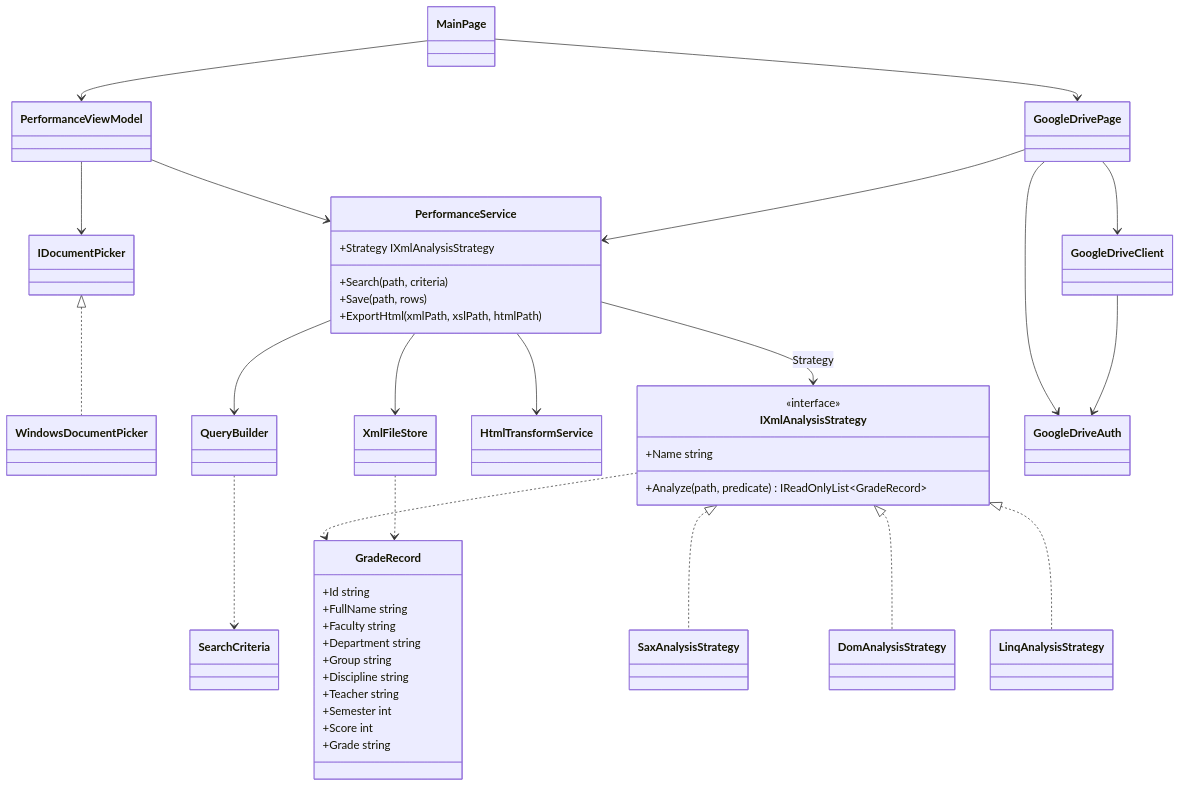
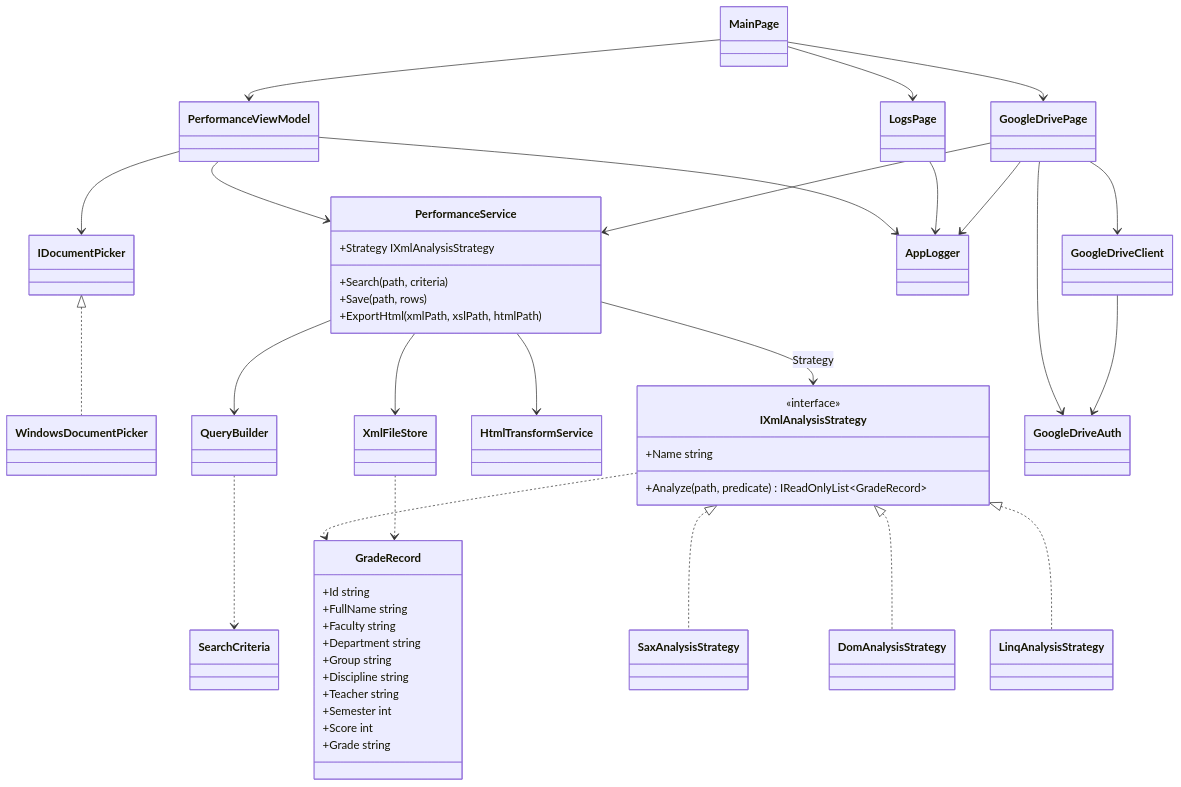
Before and after one commit to Moonshade-01/XML-Student-Performance: the diagram in README.md, drawn with Mermaid. The commit also changed other lines of this file and 11 other files, not shown here.

````diff
--- a/README.md
+++ b/README.md
@@ -53,45 +53,49 @@
 ```mermaid
 classDiagram
     MainPage --> PerformanceViewModel
     MainPage --> GoogleDrivePage
     PerformanceViewModel --> PerformanceService
     PerformanceViewModel --> IDocumentPicker
+    PerformanceViewModel --> AppLogger
+    MainPage --> LogsPage
+    LogsPage --> AppLogger
+    GoogleDrivePage --> AppLogger
     IDocumentPicker <|.. WindowsDocumentPicker
     PerformanceService --> QueryBuilder
     PerformanceService --> XmlFileStore
     PerformanceService --> HtmlTransformService
     PerformanceService --> IXmlAnalysisStrategy : Strategy
     IXmlAnalysisStrategy <|.. SaxAnalysisStrategy
     IXmlAnalysisStrategy <|.. DomAnalysisStrategy
     IXmlAnalysisStrategy <|.. LinqAnalysisStrategy
     QueryBuilder ..> SearchCriteria
     IXmlAnalysisStrategy ..> GradeRecord
     XmlFileStore ..> GradeRecord
     GoogleDrivePage --> GoogleDriveClient
     GoogleDrivePage --> GoogleDriveAuth
     GoogleDrivePage --> PerformanceService
     GoogleDriveClient --> GoogleDriveAuth
     class IXmlAnalysisStrategy {
         <<interface>>
         +Name string
         +Analyze(path, predicate) IReadOnlyList~GradeRecord~
     }
     class PerformanceService {
         +Strategy IXmlAnalysisStrategy
         +Search(path, criteria)
         +Save(path, rows)
         +ExportHtml(xmlPath, xslPath, htmlPath)
     }
     class GradeRecord {
         +Id string
         +FullName string
         +Faculty string
         +Department string
         +Group string
         +Discipline string
         +Teacher string
         +Semester int
         +Score int
         +Grade string
     }
 ```
````
